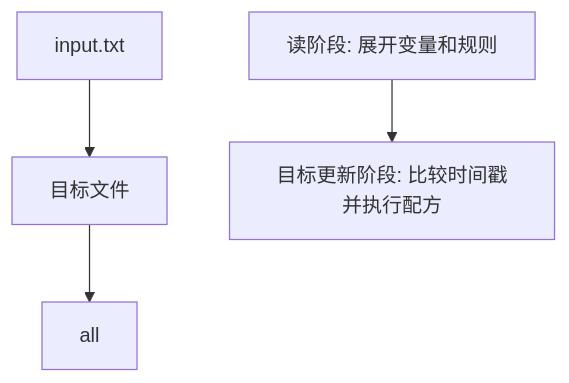
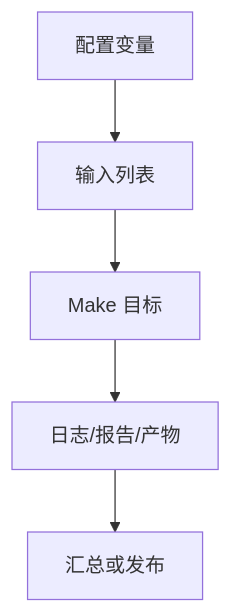
Before and after one commit to AuroraYaus/ic: the diagram in tools/concepts/MakefileIC项目构建实战.md, drawn with Mermaid. The commit also changed other lines of this file and 3 other files, not shown here.

Commit message:
docs: write makefile practical ic flows

````diff
--- a/tools/concepts/MakefileIC项目构建实战.md
+++ b/tools/concepts/MakefileIC项目构建实战.md
@@ -80,7 +116,8 @@
 ```mermaid
 %%{init: {'theme': 'default'}}%%
 flowchart TD
-    Input[input.txt] --> Target[目标文件]
-    Target --> All[all]
-    Read[读阶段: 展开变量和规则] --> Update[目标更新阶段: 比较时间戳并执行配方]
+    Config[配置变量] --> Inputs[输入列表]
+    Inputs --> Targets[Make 目标]
+    Targets --> Logs[日志/报告/产物]
+    Logs --> Summary[汇总或发布]
 ```
````
